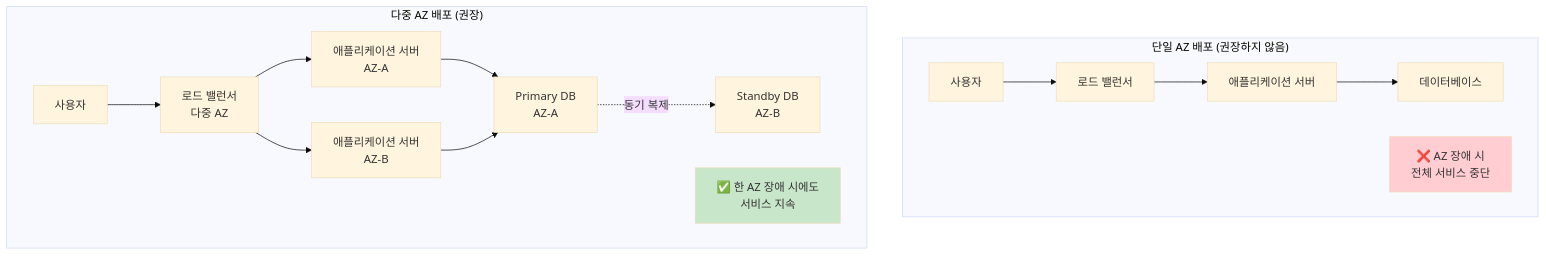
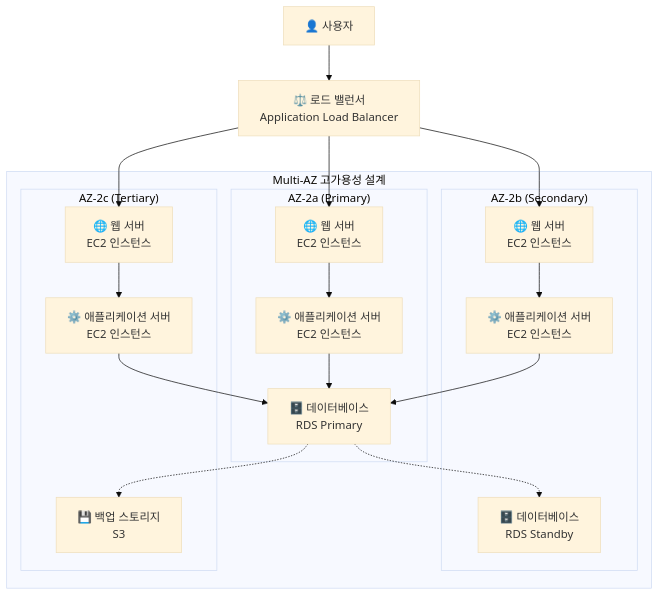
One commit to niceguy61/lecture_maker changed the fifth of 10 diagrams in aws-saa-study-materials/week1/day1/visuals/aws-global-infrastructure.md. Above: the diagram before and after it, drawn with Mermaid (base theme). The commit also changed other lines of this file and 58 other files, not shown here.

````diff
--- a/aws-saa-study-materials/week1/day1/visuals/aws-global-infrastructure.md
+++ b/aws-saa-study-materials/week1/day1/visuals/aws-global-infrastructure.md
@@ -81,27 +110,40 @@
 ```mermaid
 graph TB
-    subgraph "단일 AZ 배포 (권장하지 않음)"
-        U1[사용자] --> LB1[로드 밸런서]
-        LB1 --> AZ1_APP[애플리케이션 서버]
-        AZ1_APP --> AZ1_DB[데이터베이스]
+    subgraph "Multi-AZ 고가용성 설계"
+        subgraph "AZ-2a (Primary)"
+            WEB1["🌐 웹 서버<br/>EC2 인스턴스"]
+            APP1["⚙️ 애플리케이션 서버<br/>EC2 인스턴스"]
+            DB1["🗄️ 데이터베이스<br/>RDS Primary"]
+        end
         
-        AZ1_FAIL[❌ AZ 장애 시<br/>전체 서비스 중단]
+        subgraph "AZ-2b (Secondary)"
+            WEB2["🌐 웹 서버<br/>EC2 인스턴스"]
+            APP2["⚙️ 애플리케이션 서버<br/>EC2 인스턴스"]
+            DB2["🗄️ 데이터베이스<br/>RDS Standby"]
+        end
+        
+        subgraph "AZ-2c (Tertiary)"
+            WEB3["🌐 웹 서버<br/>EC2 인스턴스"]
+            APP3["⚙️ 애플리케이션 서버<br/>EC2 인스턴스"]
+            BACKUP["💾 백업 스토리지<br/>S3"]
+        end
     end
     
-    subgraph "다중 AZ 배포 (권장)"
-        U2[사용자] --> LB2[로드 밸런서<br/>다중 AZ]
-        
-        LB2 --> AZ2A_APP[애플리케이션 서버<br/>AZ-A]
-        LB2 --> AZ2B_APP[애플리케이션 서버<br/>AZ-B]
-        
-        AZ2A_APP --> DB_PRIMARY[Primary DB<br/>AZ-A]
-        AZ2B_APP --> DB_PRIMARY
-        
-        DB_PRIMARY -.->|동기 복제| DB_STANDBY[Standby DB<br/>AZ-B]
-        
-        AZ2_SUCCESS[✅ 한 AZ 장애 시에도<br/>서비스 지속]
-    end
+    LB["⚖️ 로드 밸런서<br/>Application Load Balancer"]
     
-    style AZ1_FAIL fill:#ffcdd2
-    style AZ2_SUCCESS fill:#c8e6c9
+    USER["👤 사용자"] --> LB
+    LB --> WEB1
+    LB --> WEB2
+    LB --> WEB3
+    
+    WEB1 --> APP1
+    WEB2 --> APP2
+    WEB3 --> APP3
+    
+    APP1 --> DB1
+    APP2 --> DB1
+    APP3 --> DB1
+    
+    DB1 -.-> DB2
+    DB1 -.-> BACKUP
 ```
````
